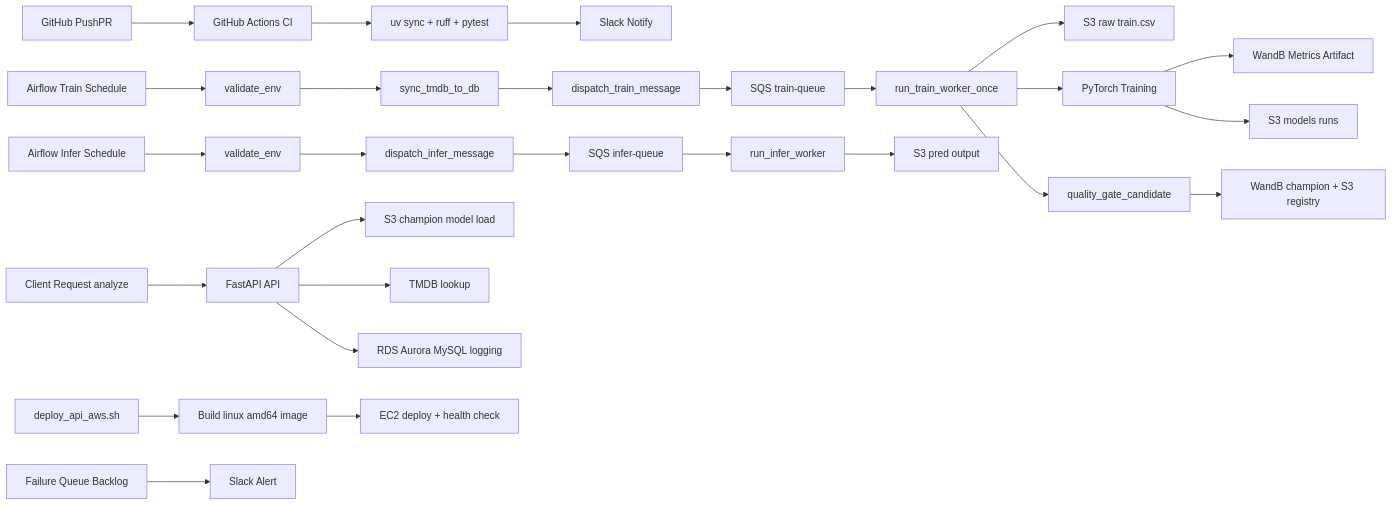
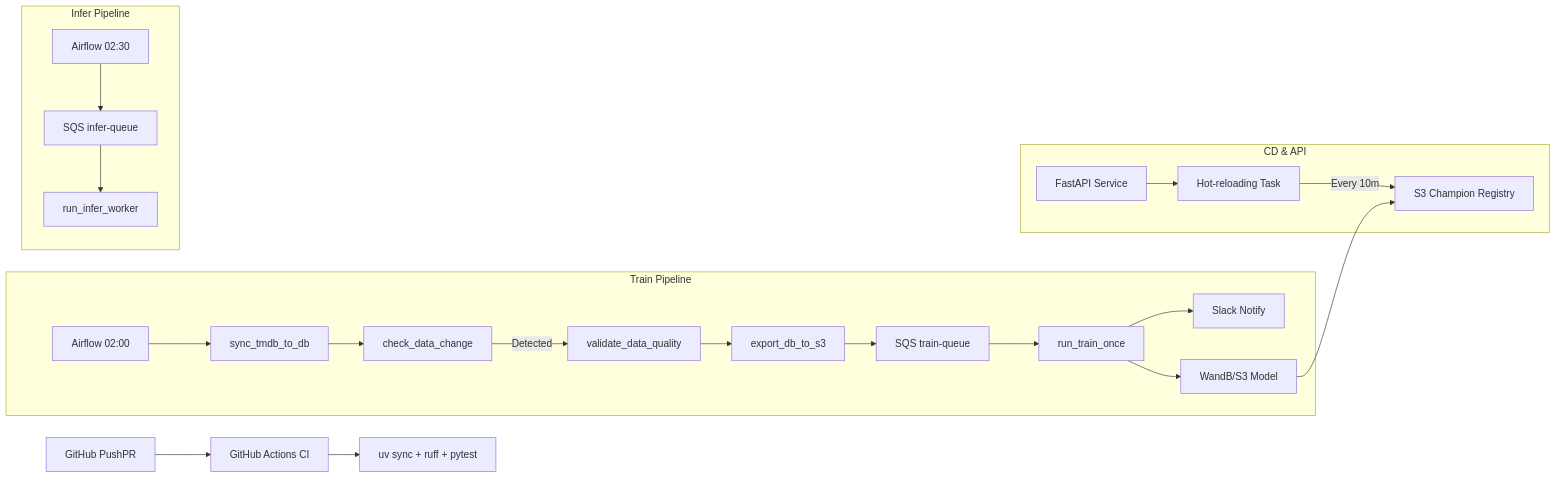
The diagram in README.md (AIBootcamp24th/mlops-mlops-team-3), drawn with Mermaid before and after one commit. The commit also changed other lines of this file and 9 other files, not shown here.

````diff
--- a/README.md
+++ b/README.md
@@ -56,34 +56,27 @@
 ```mermaid
 graph LR
   gitPush[GitHub PushPR] --> ci[GitHub Actions CI]
   ci --> ciCheck[uv sync + ruff + pytest]
-  ciCheck --> ciNotify[Slack Notify]
+  
+  subgraph Train Pipeline
+    trainSchedule[Airflow 02:00] --> syncDb[sync_tmdb_to_db]
+    syncDb --> checkChange[check_data_change]
+    checkChange -- "Detected" --> valQual[validate_data_quality]
+    valQual --> exportS3[export_db_to_s3]
+    exportS3 --> trainQueue[SQS train-queue]
+    trainQueue --> trainWorker[run_train_once]
+    trainWorker --> slack[Slack Notify]
+    trainWorker --> wandb[WandB/S3 Model]
+  end
 
-  trainSchedule[Airflow Train Schedule] --> trainValidate[validate_env]
-  trainValidate --> syncDb[sync_tmdb_to_db]
-  syncDb --> trainDispatch[dispatch_train_message]
-  trainDispatch --> trainQueue[SQS train-queue]
-  trainQueue --> trainWorker[run_train_worker_once]
-  trainWorker --> s3Raw[S3 raw train.csv]
-  trainWorker --> pytorchTrain[PyTorch Training]
-  pytorchTrain --> wandbTrack[WandB Metrics Artifact]
-  pytorchTrain --> s3Model[S3 models runs]
-  trainWorker --> qualityGate[quality_gate_candidate]
-  qualityGate --> champion[WandB champion + S3 registry]
+  subgraph CD & API
+    api[FastAPI Service] --> reload[Hot-reloading Task]
+    reload -- "Every 10m" --> champion[S3 Champion Registry]
+    wandb --> champion
+  end
 
-  inferSchedule[Airflow Infer Schedule] --> inferValidate[validate_env]
-  inferValidate --> inferDispatch[dispatch_infer_message]
-  inferDispatch --> inferQueue[SQS infer-queue]
-  inferQueue --> inferWorker[run_infer_worker]
-  inferWorker --> s3Pred[S3 pred output]
-
-  apiRequest[Client Request analyze] --> apiService[FastAPI API]
-  apiService --> modelLoad[S3 champion model load]
-  apiService --> tmdbLookup[TMDB lookup]
-  apiService --> dbLog[RDS Aurora MySQL logging]
-
-  deployScript[deploy_api_aws.sh] --> amd64Build[Build linux amd64 image]
-  amd64Build --> ec2Deploy[EC2 deploy + health check]
-
-  failureSignal[Failure Queue Backlog] --> slackAlert[Slack Alert]
+  subgraph Infer Pipeline
+    inferSchedule[Airflow 02:30] --> inferQueue[SQS infer-queue]
+    inferQueue --> inferWorker[run_infer_worker]
+  end
 ```
````
